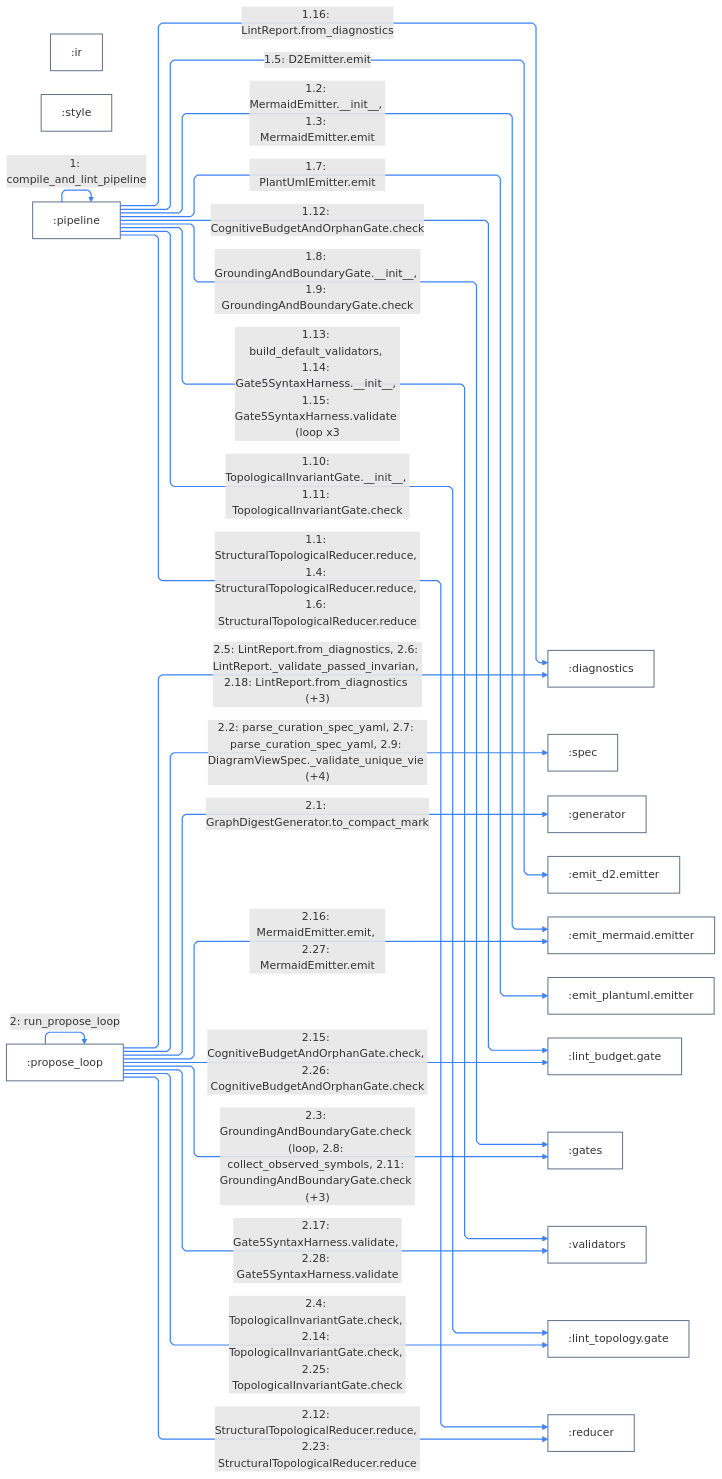
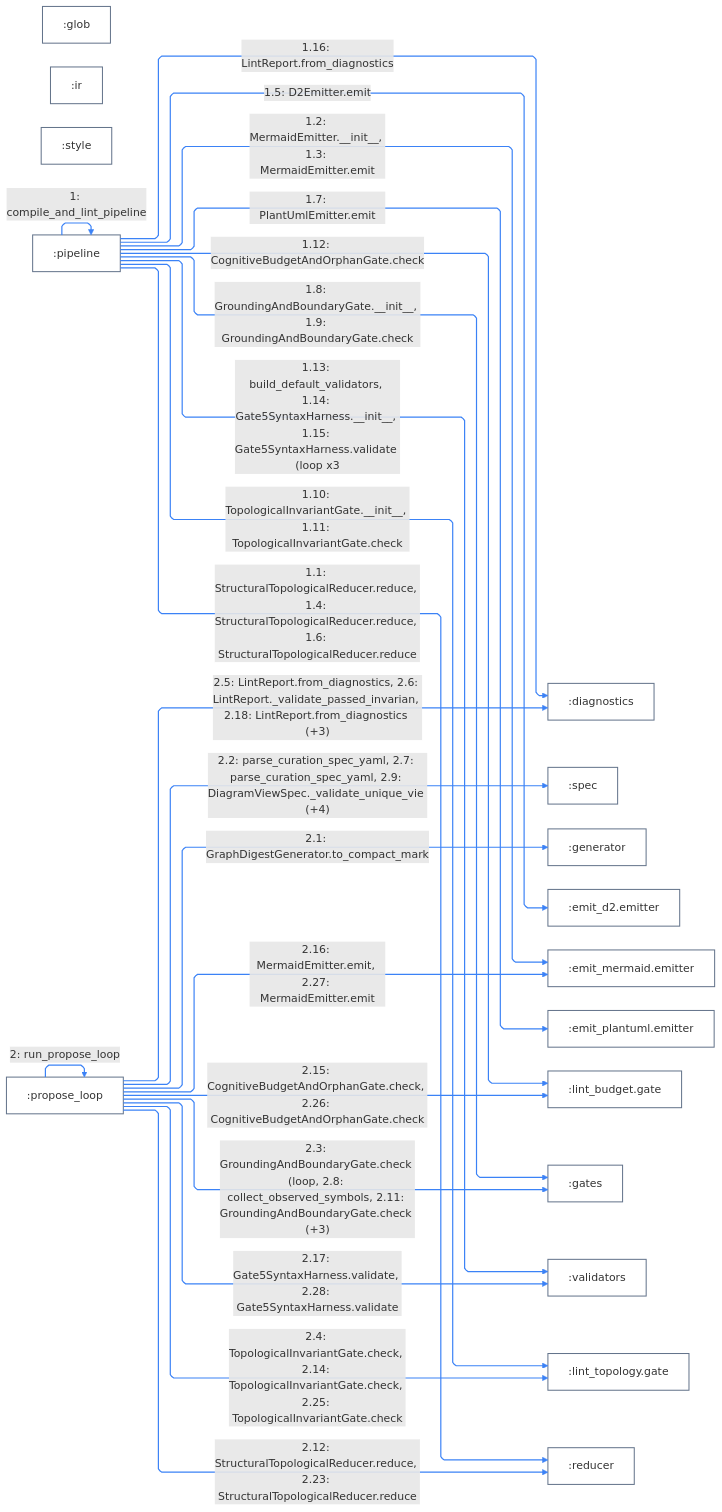
Before and after one commit to klcd/archigram: the sixth of 8 diagrams in docs/architecture/uml-and-curation-showcase.md, drawn with Mermaid. The commit also changed other lines of this file and 49 other files, not shown here.

Commit message:
fix(domain): unify hierarchical glob matching across gates

````diff
--- a/docs/architecture/uml-and-curation-showcase.md
+++ b/docs/architecture/uml-and-curation-showcase.md
@@ -556,50 +557,51 @@
 ```mermaid
 ---
 config:
   layout: elk
   elk:
     mergeEdges: false
     nodePlacementStrategy: BRANDES_KOEPF
   flowchart:
     defaultRenderer: elk
     curve: linear
 ---
 flowchart LR
   classDef default fill:transparent,stroke:#64748b,stroke-width:1.5px
   o0[":diagnostics"]
-  o1[":ir"]
-  o2[":spec"]
-  o3[":style"]
-  o4[":pipeline"]
-  o5[":propose_loop"]
-  o6[":generator"]
-  o7[":emit_d2.emitter"]
-  o8[":emit_mermaid.emitter"]
-  o9[":emit_plantuml.emitter"]
-  o10[":lint_budget.gate"]
-  o11[":gates"]
-  o12[":validators"]
-  o13[":lint_topology.gate"]
-  o14[":reducer"]
-  o4 -->|"1: compile_and_lint_pipeline"| o4
-  o4 -->|"1.1: StructuralTopologicalReducer.reduce, 1.4: StructuralTopologicalReducer.reduce, 1.6: StructuralTopologicalReducer.reduce"| o14
-  o4 -->|"1.2: MermaidEmitter.__init__, 1.3: MermaidEmitter.emit"| o8
-  o4 -->|"1.5: D2Emitter.emit"| o7
-  o4 -->|"1.7: PlantUmlEmitter.emit"| o9
-  o4 -->|"1.8: GroundingAndBoundaryGate.__init__, 1.9: GroundingAndBoundaryGate.check"| o11
-  o4 -->|"1.10: TopologicalInvariantGate.__init__, 1.11: TopologicalInvariantGate.check"| o13
-  o4 -->|"1.12: CognitiveBudgetAndOrphanGate.check"| o10
-  o4 -->|"1.13: build_default_validators, 1.14: Gate5SyntaxHarness.__init__, 1.15: Gate5SyntaxHarness.validate (loop x3"| o12
-  o4 -->|"1.16: LintReport.from_diagnostics"| o0
-  o5 -->|"2: run_propose_loop"| o5
-  o5 -->|"2.1: GraphDigestGenerator.to_compact_mark"| o6
-  o5 -->|"2.2: parse_curation_spec_yaml, 2.7: parse_curation_spec_yaml, 2.9: DiagramViewSpec._validate_unique_vie (+4)"| o2
-  o5 -->|"2.3: GroundingAndBoundaryGate.check (loop, 2.8: collect_observed_symbols, 2.11: GroundingAndBoundaryGate.check (+3)"| o11
-  o5 -->|"2.4: TopologicalInvariantGate.check, 2.14: TopologicalInvariantGate.check, 2.25: TopologicalInvariantGate.check"| o13
-  o5 -->|"2.5: LintReport.from_diagnostics, 2.6: LintReport._validate_passed_invarian, 2.18: LintReport.from_diagnostics (+3)"| o0
-  o5 -->|"2.12: StructuralTopologicalReducer.reduce, 2.23: StructuralTopologicalReducer.reduce"| o14
-  o5 -->|"2.15: CognitiveBudgetAndOrphanGate.check, 2.26: CognitiveBudgetAndOrphanGate.check"| o10
-  o5 -->|"2.16: MermaidEmitter.emit, 2.27: MermaidEmitter.emit"| o8
-  o5 -->|"2.17: Gate5SyntaxHarness.validate, 2.28: Gate5SyntaxHarness.validate"| o12
+  o1[":glob"]
+  o2[":ir"]
+  o3[":spec"]
+  o4[":style"]
+  o5[":pipeline"]
+  o6[":propose_loop"]
+  o7[":generator"]
+  o8[":emit_d2.emitter"]
+  o9[":emit_mermaid.emitter"]
+  o10[":emit_plantuml.emitter"]
+  o11[":lint_budget.gate"]
+  o12[":gates"]
+  o13[":validators"]
+  o14[":lint_topology.gate"]
+  o15[":reducer"]
+  o5 -->|"1: compile_and_lint_pipeline"| o5
+  o5 -->|"1.1: StructuralTopologicalReducer.reduce, 1.4: StructuralTopologicalReducer.reduce, 1.6: StructuralTopologicalReducer.reduce"| o15
+  o5 -->|"1.2: MermaidEmitter.__init__, 1.3: MermaidEmitter.emit"| o9
+  o5 -->|"1.5: D2Emitter.emit"| o8
+  o5 -->|"1.7: PlantUmlEmitter.emit"| o10
+  o5 -->|"1.8: GroundingAndBoundaryGate.__init__, 1.9: GroundingAndBoundaryGate.check"| o12
+  o5 -->|"1.10: TopologicalInvariantGate.__init__, 1.11: TopologicalInvariantGate.check"| o14
+  o5 -->|"1.12: CognitiveBudgetAndOrphanGate.check"| o11
+  o5 -->|"1.13: build_default_validators, 1.14: Gate5SyntaxHarness.__init__, 1.15: Gate5SyntaxHarness.validate (loop x3"| o13
+  o5 -->|"1.16: LintReport.from_diagnostics"| o0
+  o6 -->|"2: run_propose_loop"| o6
+  o6 -->|"2.1: GraphDigestGenerator.to_compact_mark"| o7
+  o6 -->|"2.2: parse_curation_spec_yaml, 2.7: parse_curation_spec_yaml, 2.9: DiagramViewSpec._validate_unique_vie (+4)"| o3
+  o6 -->|"2.3: GroundingAndBoundaryGate.check (loop, 2.8: collect_observed_symbols, 2.11: GroundingAndBoundaryGate.check (+3)"| o12
+  o6 -->|"2.4: TopologicalInvariantGate.check, 2.14: TopologicalInvariantGate.check, 2.25: TopologicalInvariantGate.check"| o14
+  o6 -->|"2.5: LintReport.from_diagnostics, 2.6: LintReport._validate_passed_invarian, 2.18: LintReport.from_diagnostics (+3)"| o0
+  o6 -->|"2.12: StructuralTopologicalReducer.reduce, 2.23: StructuralTopologicalReducer.reduce"| o15
+  o6 -->|"2.15: CognitiveBudgetAndOrphanGate.check, 2.26: CognitiveBudgetAndOrphanGate.check"| o11
+  o6 -->|"2.16: MermaidEmitter.emit, 2.27: MermaidEmitter.emit"| o9
+  o6 -->|"2.17: Gate5SyntaxHarness.validate, 2.28: Gate5SyntaxHarness.validate"| o13
   linkStyle 0,1,2,3,4,5,6,7,8,9,10,11,12,13,14,15,16,17,18,19 stroke:#3b82f6,stroke-width:1.75px
 ```
````
